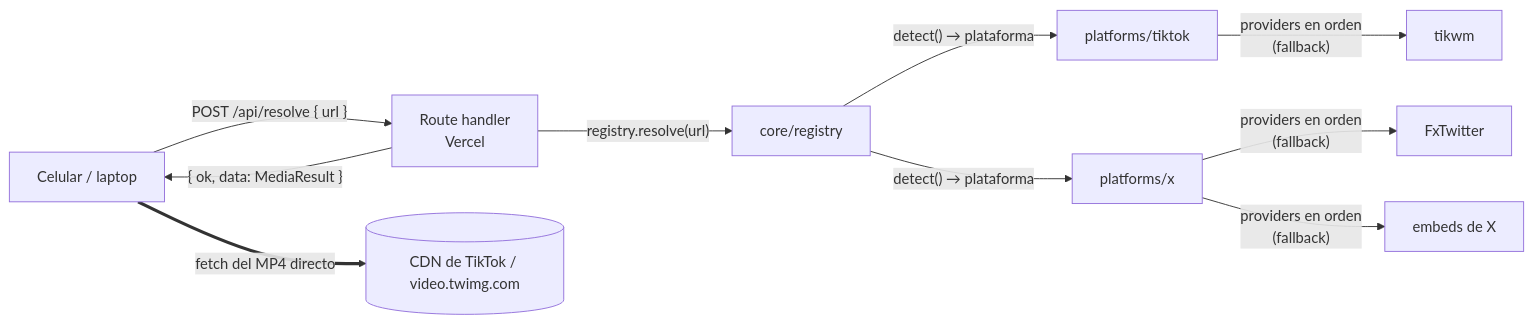
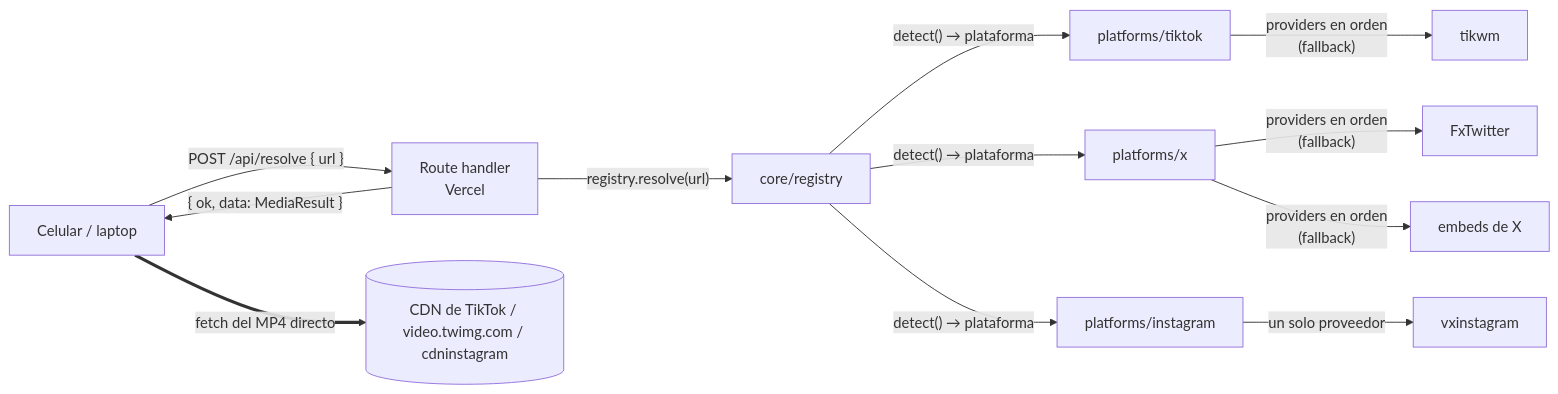
One commit to franciscoscarrone/giga-down changed the diagram in README.md. Above: the diagram before and after it, drawn with Mermaid. The commit also changed other lines of this file and 1 other file, not shown here.

First line of the commit message:
docs(instagram): README con la arquitectura, las decisiones y lo que no baja

````diff
--- a/README.md
+++ b/README.md
@@ -29,11 +32,13 @@
 ```mermaid
 flowchart LR
   U[Celular / laptop] -- "POST /api/resolve { url }" --> API[Route handler<br/>Vercel]
   API -- "registry.resolve(url)" --> R[core/registry]
   R -- "detect() → plataforma" --> P[platforms/tiktok]
   R -- "detect() → plataforma" --> X[platforms/x]
+  R -- "detect() → plataforma" --> I[platforms/instagram]
   P -- "providers en orden<br/>(fallback)" --> T[tikwm]
   X -- "providers en orden<br/>(fallback)" --> F[FxTwitter] & S[embeds de X]
+  I -- "un solo proveedor" --> V[vxinstagram]
   API -- "{ ok, data: MediaResult }" --> U
-  U == "fetch del MP4 directo" ==> CDN[(CDN de TikTok / video.twimg.com)]
+  U == "fetch del MP4 directo" ==> CDN[(CDN de TikTok / video.twimg.com / cdninstagram)]
 ```
````
